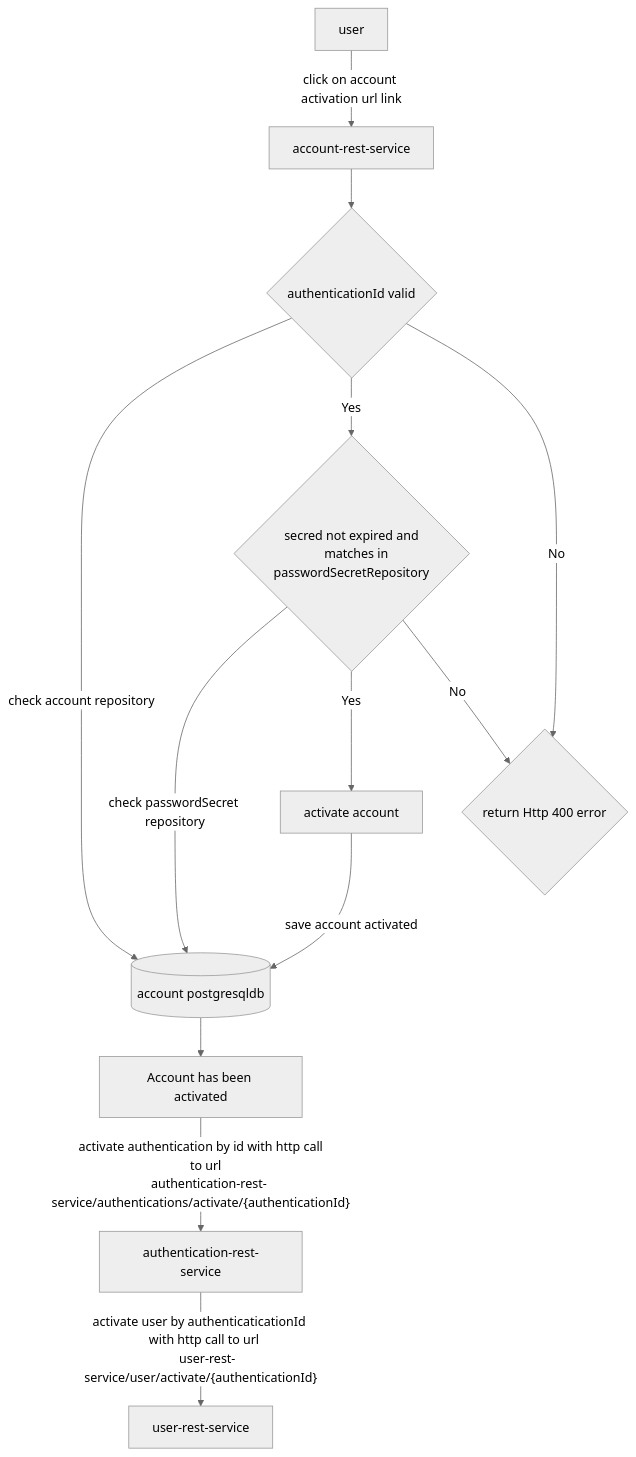
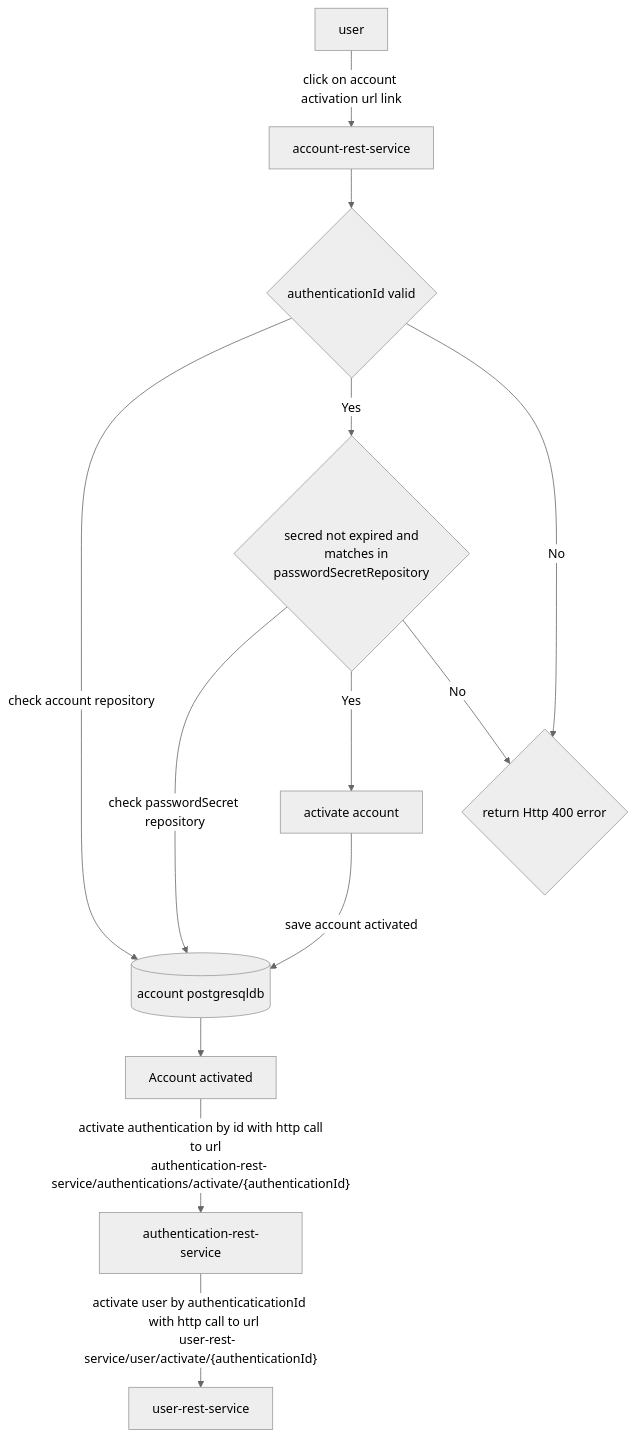
The diagram in README.md (sonamsamdupkhangsar/account-rest-service), drawn with Mermaid (neutral theme) before and after one commit.

Commit message:
commit flow

````diff
--- a/README.md
+++ b/README.md
@@ -63,20 +63,20 @@
 ```mermaid
 flowchart TD
     User[user] --"click on account activation url link" -->  AccountRestService[account-rest-service] 
     AccountRestService --> authIdValid{authenticationId valid}
     authIdValid --"check account repository"--> AccountPgsqlDb[(account postgresqldb)]
    authIdValid -->|Yes| secretValid{"secred not expired and
     matches in passwordSecretRepository"}
    authIdValid -->|No| error400{return Http 400 error}
    secretValid --"check passwordSecret repository" -->AccountPgsqlDb
    secretValid -->|Yes| activateAccount[activate account]
    activateAccount --"save account activated" --> AccountPgsqlDb
-   AccountPgsqlDb --> accountActivated["Account has been activated"]
+   AccountPgsqlDb --> accountActivated["Account activated"]
    secretValid -->|No| error400
    accountActivated -- "activate authentication by id with http call
      to url  
      authentication-rest-service/authentications/activate/{authenticationId}" --> AuthtenticationRestService[authentication-rest-service]
     AuthtenticationRestService --"activate user by authenticaticationId 
     with http call to url  
     user-rest-service/user/activate/{authenticationId}" --> UserRestService[user-rest-service]    
 ```
````
